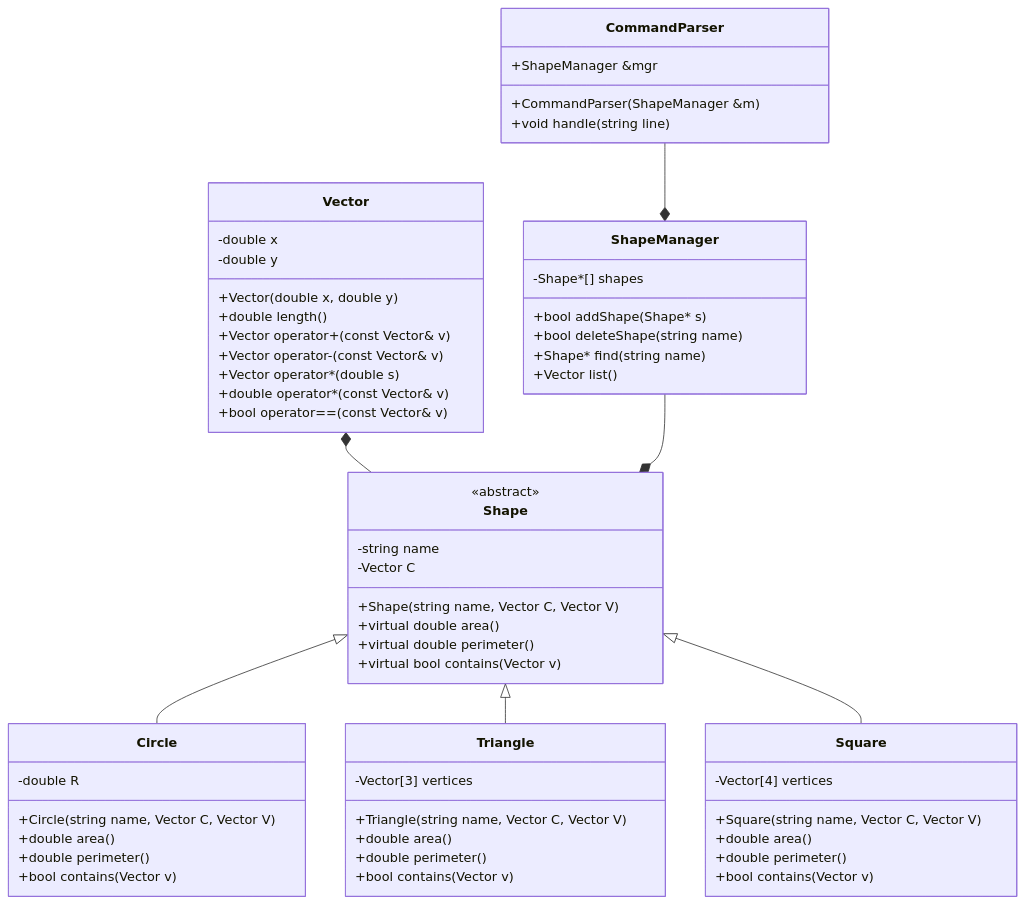
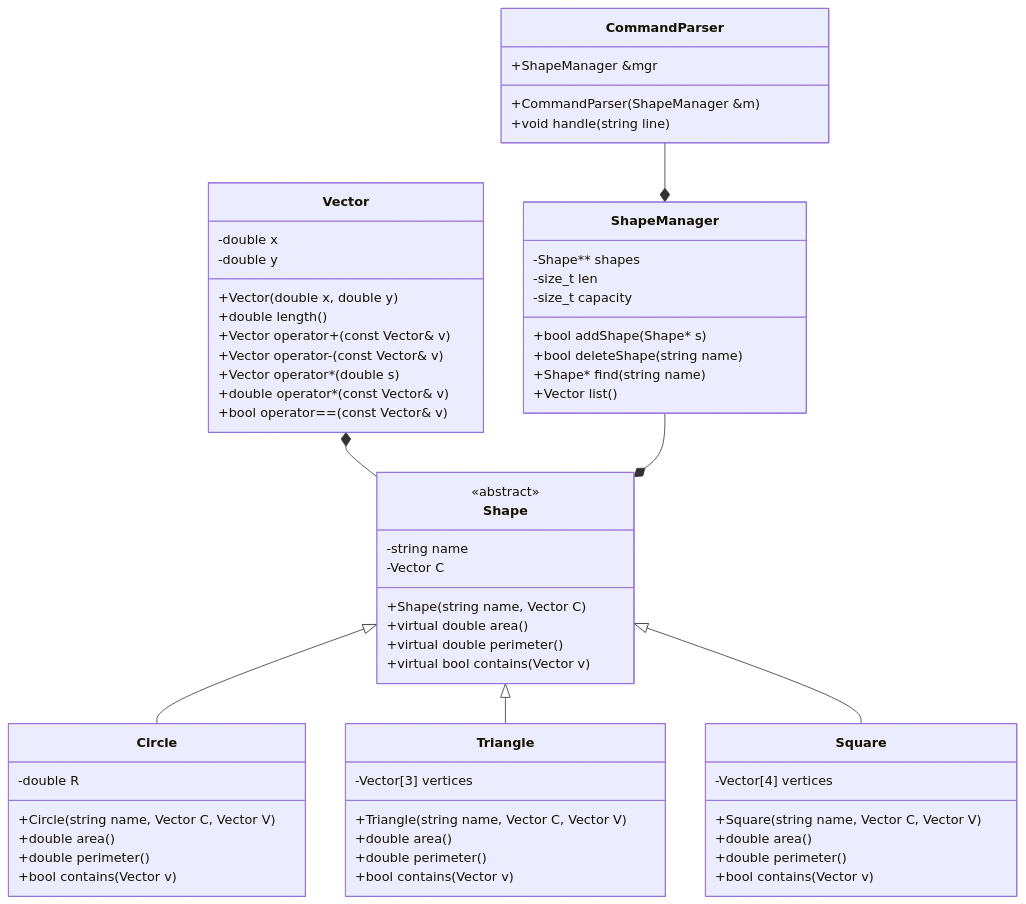
Before and after one commit to larynx23/sikidomok: the diagram in docs/TERV.md, drawn with Mermaid. The commit also changed other lines of this file, not shown here.

Commit message:
small update to plan

````diff
--- a/docs/TERV.md
+++ b/docs/TERV.md
@@ -12,69 +12,71 @@
 ```mermaid
 classDiagram
     class Vector {
         -double x
         -double y
         +Vector(double x, double y)
         +double length()
         +Vector operator+(const Vector& v)
         +Vector operator-(const Vector& v)
         +Vector operator*(double s)
         +double operator*(const Vector& v)
         +bool operator==(const Vector& v)
     }
 
     class Shape {
         <<abstract>>
         -string name
         -Vector C
-        +Shape(string name, Vector C, Vector V)
+        +Shape(string name, Vector C)
         +virtual double area()
         +virtual double perimeter()
         +virtual bool contains(Vector v)
     }
 
     class Circle {
         -double R
         +Circle(string name, Vector C, Vector V)
         +double area()
         +double perimeter()
         +bool contains(Vector v)
     }
 
     class Triangle {
         -Vector[3] vertices
         +Triangle(string name, Vector C, Vector V)
         +double area()
         +double perimeter()
         +bool contains(Vector v)
     }
 
     class Square {
         -Vector[4] vertices
         +Square(string name, Vector C, Vector V)
         +double area()
         +double perimeter()
         +bool contains(Vector v)
     }
 
     class ShapeManager {
-        -Shape*[] shapes
+        -Shape** shapes
+        -size_t len
+        -size_t capacity 
         +bool addShape(Shape* s)
         +bool deleteShape(string name)
         +Shape* find(string name)
         +Vector list()
     }
 
     class CommandParser {
         +ShapeManager &mgr
         +CommandParser(ShapeManager &m)
         +void handle(string line)
     }
 
     Vector *-- Shape
     Shape <|-- Circle
     Shape <|-- Triangle
     Shape <|-- Square
     ShapeManager --* Shape
     CommandParser --* ShapeManager
 ```
````
